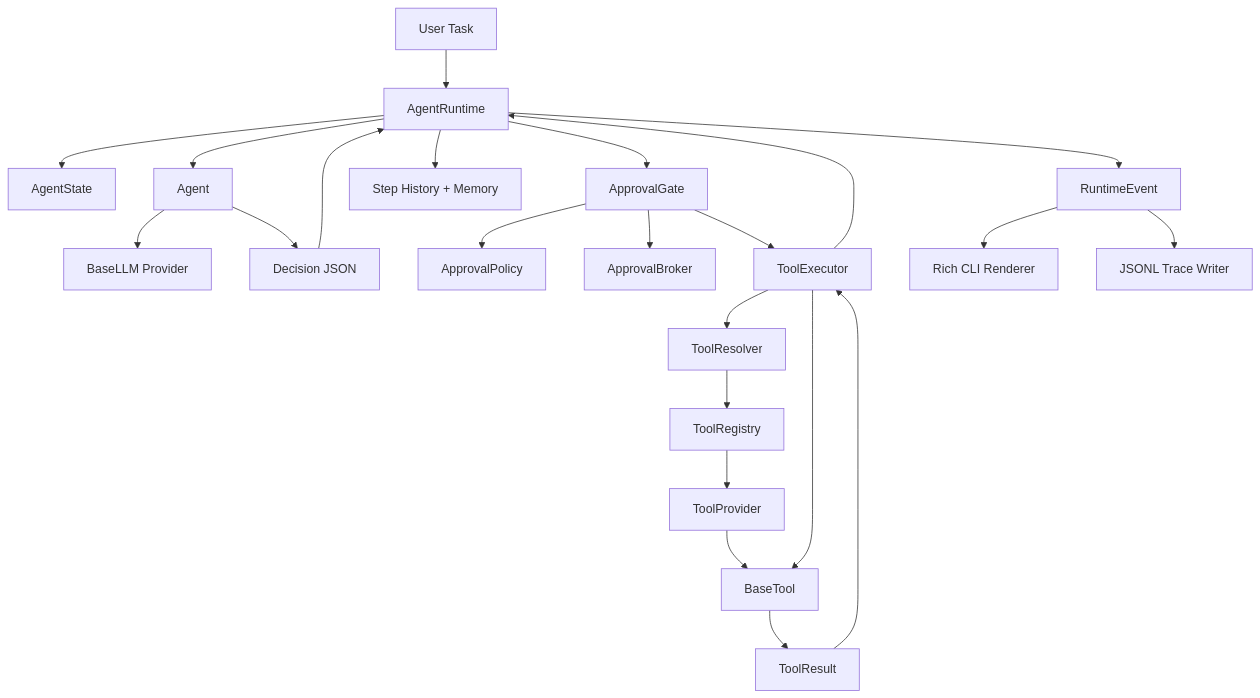
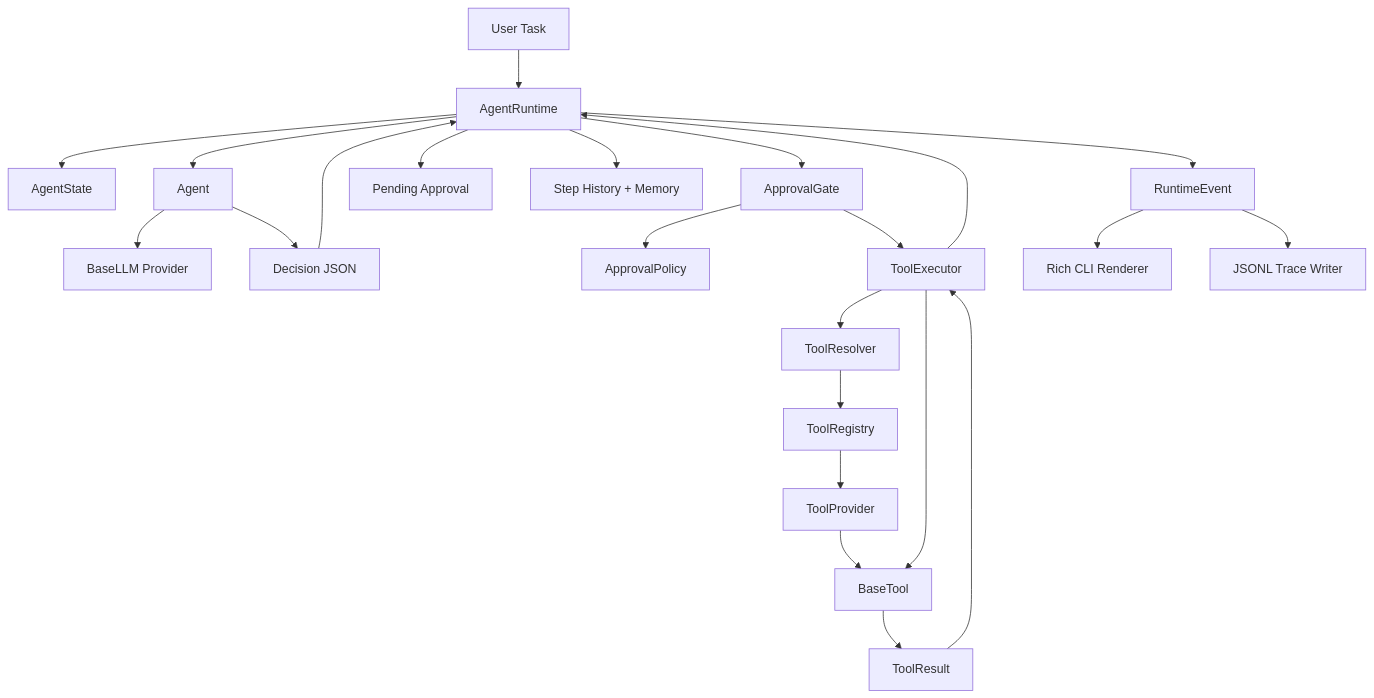
The first of 2 diagrams in docs/ARCHITECTURE.md (Dabuliule/codecraft), drawn with Mermaid before and after one commit. The commit also changed other lines of this file and 11 other files, not shown here.

Commit message:
refactor: replace approval broker with pending approvals

````diff
--- a/docs/ARCHITECTURE.md
+++ b/docs/ARCHITECTURE.md
@@ -19,25 +19,25 @@
 ```mermaid
 flowchart TD
     UserTask[User Task] --> Runtime[AgentRuntime]
     Runtime --> State[AgentState]
     Runtime --> Agent[Agent]
     Agent --> LLM[BaseLLM Provider]
     Agent --> Decision[Decision JSON]
     Decision --> Runtime
     Runtime --> ApprovalGate[ApprovalGate]
     ApprovalGate --> ApprovalPolicy[ApprovalPolicy]
-    ApprovalGate --> ApprovalBroker[ApprovalBroker]
+    Runtime --> PendingApproval[Pending Approval]
     ApprovalGate --> ToolExecutor[ToolExecutor]
     ToolExecutor --> Resolver[ToolResolver]
     Resolver --> Registry[ToolRegistry]
     Registry --> Provider[ToolProvider]
     Provider --> Tool[BaseTool]
     ToolExecutor --> Tool
     Tool --> Result[ToolResult]
     Result --> ToolExecutor
     ToolExecutor --> Runtime
     Runtime --> Step[Step History + Memory]
     Runtime --> Events[RuntimeEvent]
     Events --> CLI[Rich CLI Renderer]
     Events --> Trace[JSONL Trace Writer]
 ```
````
